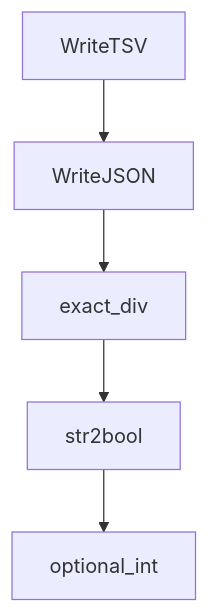
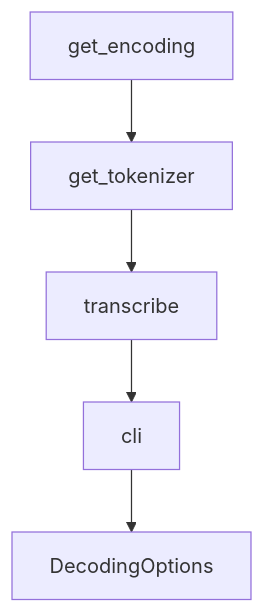
One commit to johnxie/awesome-code-docs changed the diagram in tutorials/openai-whisper-tutorial/04-transcription-translation.md. Above: the diagram before and after it, drawn with Mermaid. The commit also changed other lines of this file and 1232 other files, not shown here.

````diff
--- a/tutorials/openai-whisper-tutorial/04-transcription-translation.md
+++ b/tutorials/openai-whisper-tutorial/04-transcription-translation.md
@@ -273,12 +271,12 @@
 ```mermaid
 flowchart TD
-    A[WriteTSV]
-    B[WriteJSON]
-    C[exact_div]
-    D[str2bool]
-    E[optional_int]
+    A[get_encoding]
+    B[get_tokenizer]
+    C[transcribe]
+    D[cli]
+    E[DecodingOptions]
     A --> B
     B --> C
     C --> D
     D --> E
 ```
````
